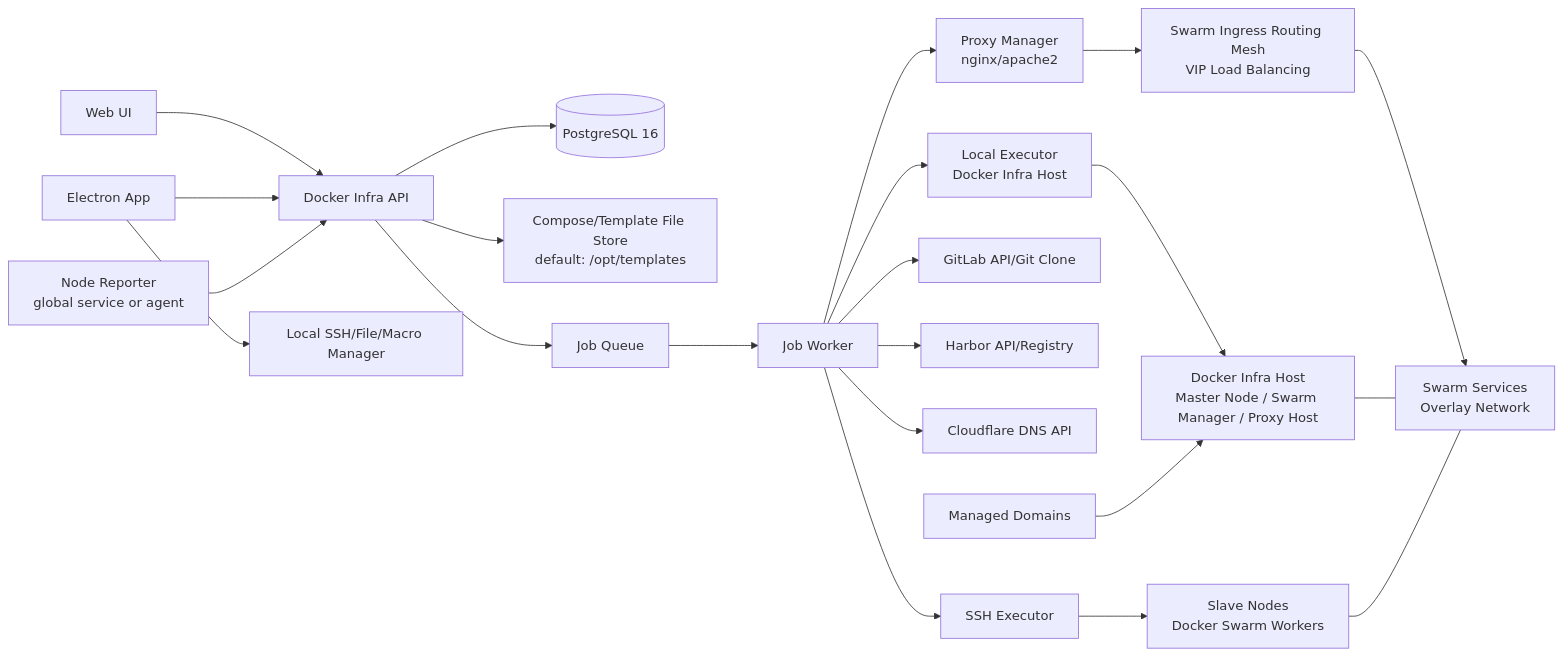
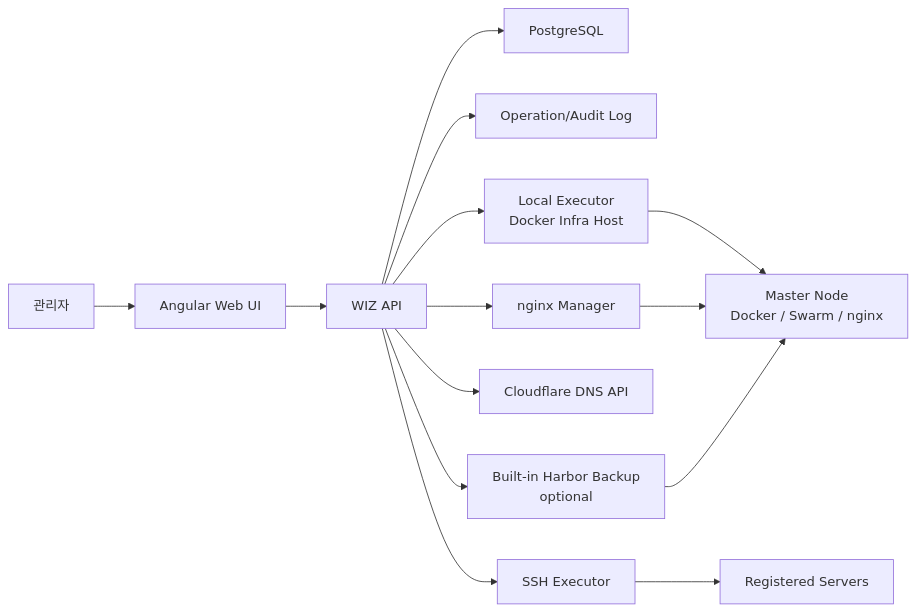
The diagram in docs/docker-infra-design.md (ImuruKevol/Docker-Infra), drawn with Mermaid before and after one commit. The commit also changed other lines of this file and 94 other files, not shown here.

````diff
--- a/docs/docker-infra-design.md
+++ b/docs/docker-infra-design.md
@@ -69,29 +75,17 @@
 ```mermaid
 flowchart LR
-    Web["Web UI"] --> API["Docker Infra API"]
-    Electron["Electron App"] --> API
-    Electron --> LocalSSH["Local SSH/File/Macro Manager"]
+    User["관리자"] --> Web["Angular Web UI"]
+    Web --> API["WIZ API"]
+    API --> DB["PostgreSQL"]
+    API --> Operation["Operation/Audit Log"]
+    API --> LocalExec["Local Executor<br/>Docker Infra Host"]
+    API --> SSH["SSH Executor"]
+    API --> Cloudflare["Cloudflare DNS API"]
+    API --> Nginx["nginx Manager"]
+    API --> Backup["Built-in Harbor Backup<br/>optional"]
 
-    API --> DB[("PostgreSQL 16")]
-    API --> FileStore["Compose/Template File Store<br/>default: /opt/templates"]
-    API --> Queue["Job Queue"]
-    Queue --> Worker["Job Worker"]
-
-    Worker --> LocalExec["Local Executor<br/>Docker Infra Host"]
-    Worker --> SSH["SSH Executor"]
-    Worker --> GitLab["GitLab API/Git Clone"]
-    Worker --> Harbor["Harbor API/Registry"]
-    Worker --> Cloudflare["Cloudflare DNS API"]
-    Worker --> Proxy["Proxy Manager<br/>nginx/apache2"]
-
-    LocalExec --> Master["Docker Infra Host<br/>Master Node / Swarm Manager / Proxy Host"]
-    SSH --> Workers["Slave Nodes<br/>Docker Swarm Workers"]
-
-    Reporter["Node Reporter<br/>global service or agent"] --> API
-
-    CloudflareDNS["Managed Domains"] --> Master
-    Proxy --> Routing["Swarm Ingress Routing Mesh<br/>VIP Load Balancing"]
-    Routing --> Swarm["Swarm Services<br/>Overlay Network"]
-    Master --- Swarm
-    Workers --- Swarm
+    LocalExec --> Master["Master Node<br/>Docker / Swarm / nginx"]
+    SSH --> Workers["Registered Servers"]
+    Nginx --> Master
+    Backup --> Master
 ```
````
